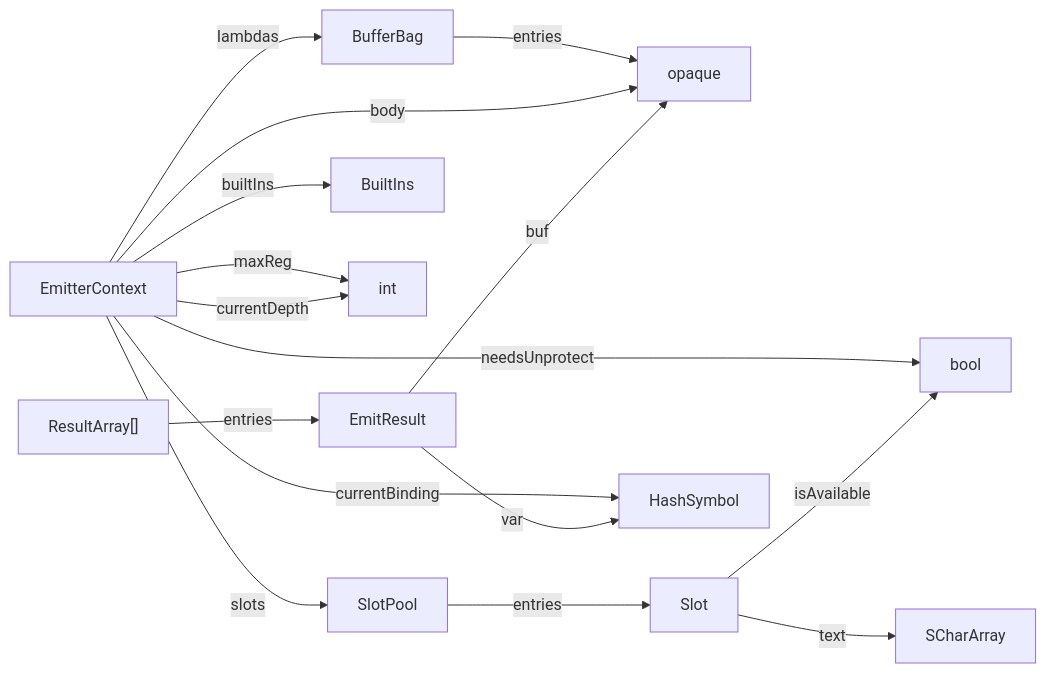
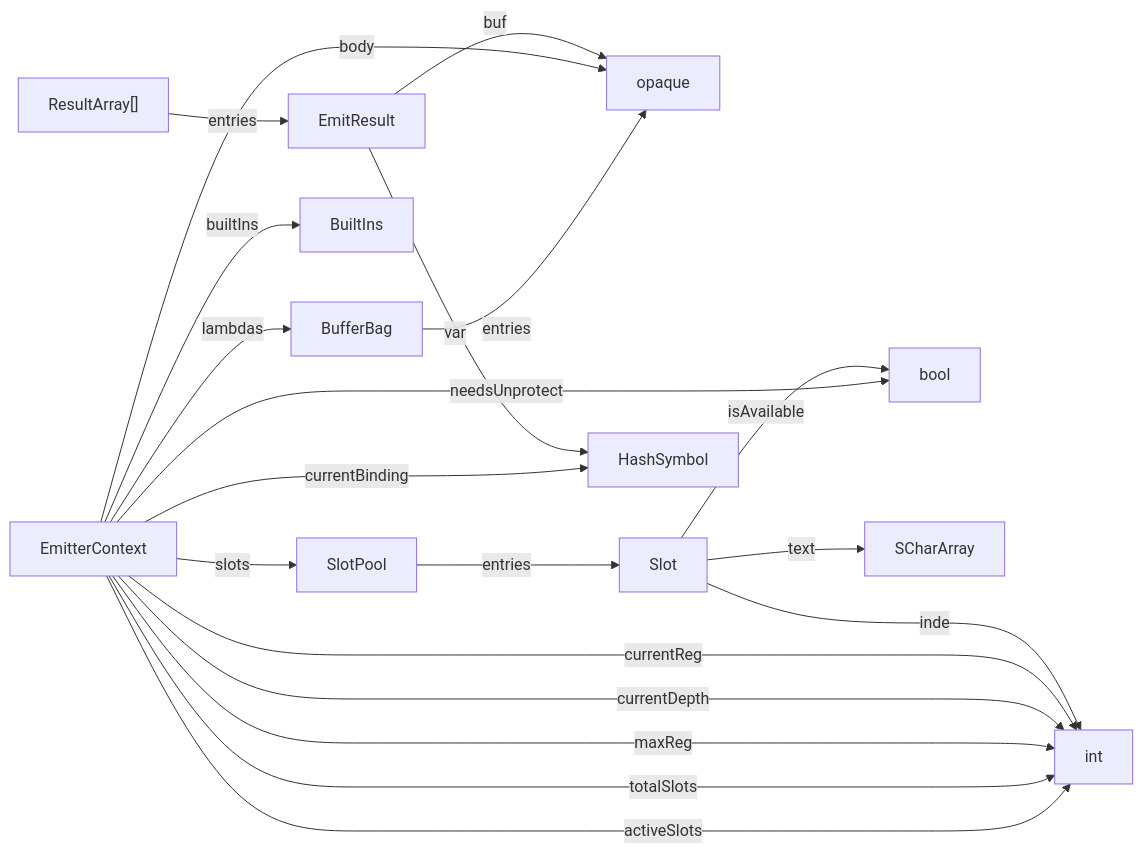
One commit to billhails/CEKF changed the diagram in docs/generated/emit.md. Above: the diagram before and after it, drawn with Mermaid. The commit also changed 3 other files, not shown here.

````diff
--- a/docs/generated/emit.md
+++ b/docs/generated/emit.md
@@ -5,18 +5,22 @@
 ```mermaid
 flowchart LR
 BufferBag --entries--> opaque
 SlotPool --entries--> Slot
 EmitterContext --currentBinding--> HashSymbol
 EmitterContext --lambdas--> BufferBag
 EmitterContext --body--> opaque
 EmitterContext --builtIns--> BuiltIns
 EmitterContext --slots--> SlotPool
+EmitterContext --activeSlots--> int
+EmitterContext --totalSlots--> int
 EmitterContext --maxReg--> int
 EmitterContext --currentDepth--> int
+EmitterContext --currentReg--> int
 EmitterContext --needsUnprotect--> bool
 Slot --isAvailable--> bool
 Slot --text--> SCharArray
+Slot --index--> int
 EmitResult --var--> HashSymbol
 EmitResult --buf--> opaque
 ResultArray["ResultArray[]"] --entries--> EmitResult
 ```
````
